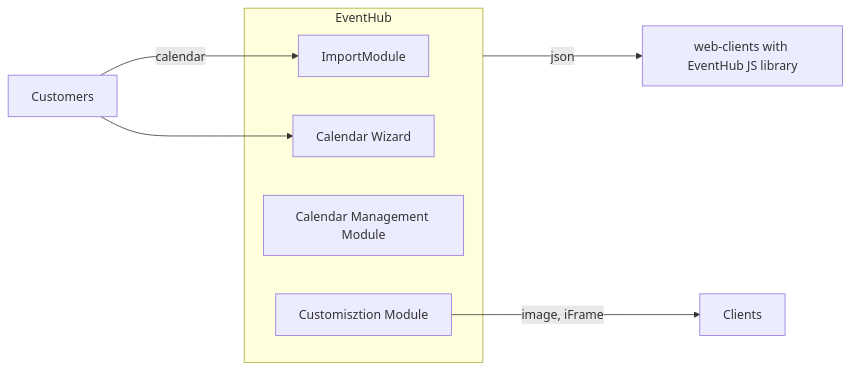
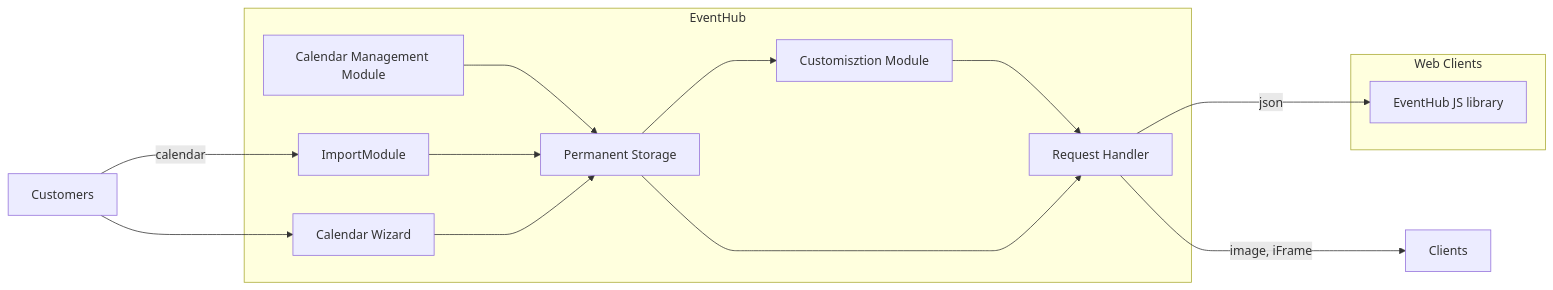
One commit to GHopperMSK/schedule-manager changed the first of 6 diagrams in README.md. Above: the diagram before and after it, drawn with Mermaid. The commit also changed other lines of this file, not shown here.

````diff
--- a/README.md
+++ b/README.md
@@ -39,15 +40,23 @@
 ```mermaid
 flowchart LR
     Csmr[Customers]
     subgraph EH ["EventHub"]
         IM[ImportModule]
         CW[Calendar Wizard]
         MM[Calendar Management Module]
+        PS[Permanent Storage]
         CM[Customisztion Module]
+        RH[Request Handler]
+    end
+    subgraph WC ["Web Clients"]
+        EHJSL[EventHub JS library]
     end
 
     Csmr --->|calendar| IM
     Csmr ---> CW
-    EH --->|json| wc[web-clients with EventHub JS library]
-    CM --->|image, iFrame| Clients
+    RH --->|json| EHJSL
+    PS ---> CM
+    MM & IM & CW ---> PS
+    CM & PS ---> RH
+    RH --->|image, iFrame| Clients
 ```
````
